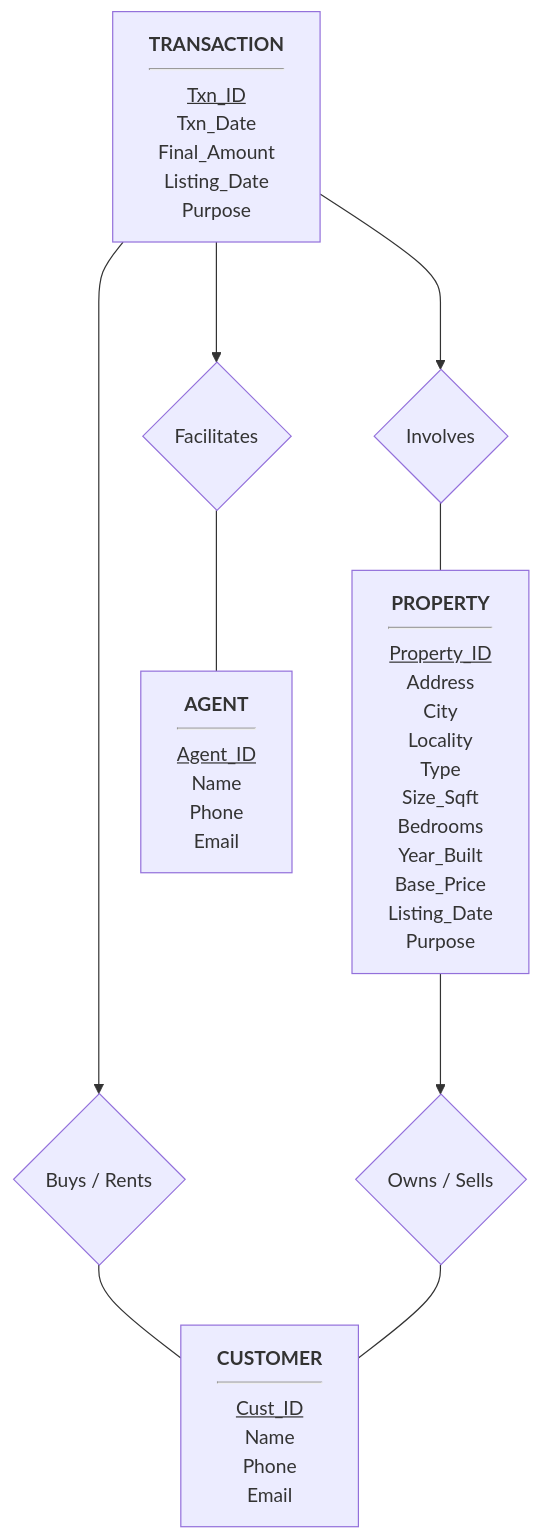
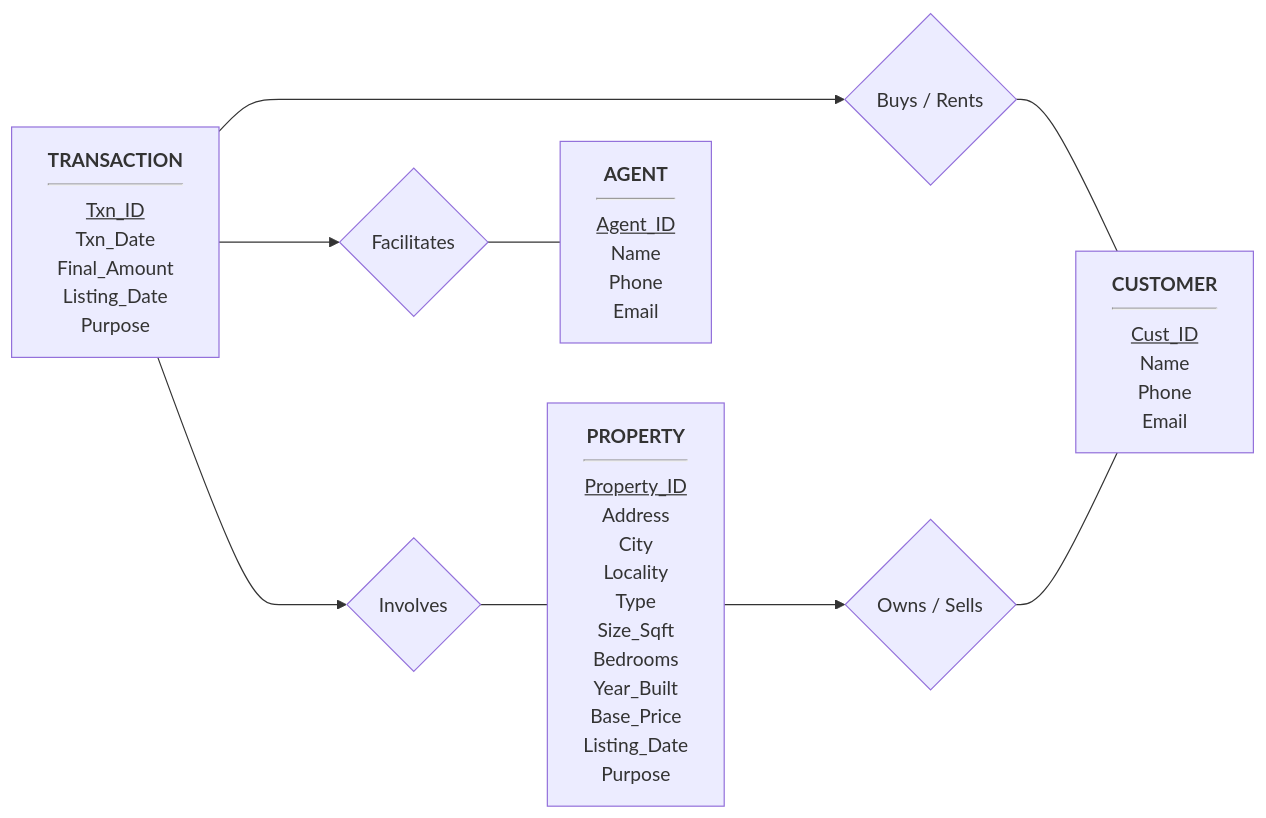
Before and after one commit to SuperCoolPencil/DBMS-Project: the diagram in deliverable1.md, drawn with Mermaid. The commit also changed 1 other file, not shown here.

Commit message:
refactor: remove redundant er-diagram.md and update mermaid graph orientation in deliverable1.md

````diff
--- a/deliverable1.md
+++ b/deliverable1.md
@@ -76,32 +76,32 @@
 ```mermaid
-graph TD
+graph LR
     %% Tables (Rectangles with Attributes)
     C["<b>CUSTOMER</b><hr><u>Cust_ID</u><br>Name<br>Phone<br>Email"]
     T["<b>TRANSACTION</b><hr><u>Txn_ID</u><br>Txn_Date<br>Final_Amount<br>Listing_Date<br>Purpose"]
     P["<b>PROPERTY</b><hr><u>Property_ID</u><br>Address<br>City<br>Locality<br>Type<br>Size_Sqft<br>Bedrooms<br>Year_Built<br>Base_Price<br>Listing_Date<br>Purpose"]
     A["<b>AGENT</b><hr><u>Agent_ID</u><br>Name<br>Phone<br>Email"]
 
     %% Relationships (Diamonds)
     Rel_RentBuy{"Buys / Rents"}
     Rel_Facilitates{"Facilitates"}
     Rel_ListSellsProp{"Owns / Sells"}
     Rel_Involves{"Involves"}
 
     %% --- CUSTOM NOTATION CARDINALITIES ---
     
     %% TRANSACTION (1..1) to CUSTOMER (0..*)
     T ---> Rel_RentBuy
     Rel_RentBuy --- C
 
     %% TRANSACTION (1..1) to AGENT (0..*)
     T ---> Rel_Facilitates
     Rel_Facilitates --- A
 
     %% PROPERTY (1..1) to CUSTOMER (1..*)
     P ---> Rel_ListSellsProp
     Rel_ListSellsProp --- C
 
     %% TRANSACTION (1..1) to PROPERTY (0..*)
     T ---> Rel_Involves
     Rel_Involves --- P
 ```
````
